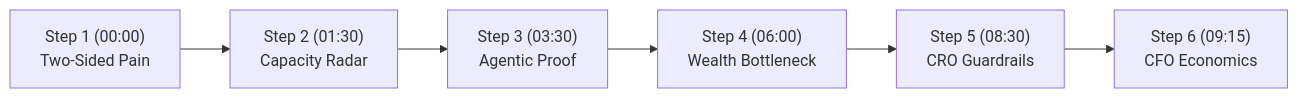
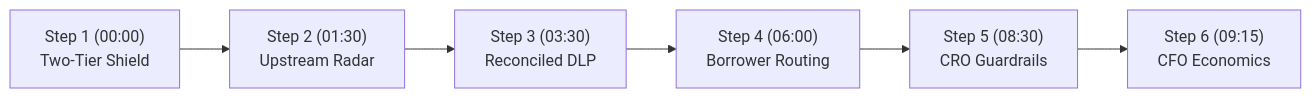
One commit to acombs121/huntington-retention-workflow changed the diagram in docs/DEMO_SCRIPT.md. Above: the diagram before and after it, drawn with Mermaid. The commit also changed other lines of this file and 32 other files, not shown here.

````diff
--- a/docs/DEMO_SCRIPT.md
+++ b/docs/DEMO_SCRIPT.md
@@ -39,8 +44,8 @@
 ```mermaid
 flowchart LR
-    S1["Step 1 (00:00)<br/>Two-Sided Pain"] --> S2["Step 2 (01:30)<br/>Capacity Radar"]
-    S2 --> S3["Step 3 (03:30)<br/>Agentic Proof"]
-    S3 --> S4["Step 4 (06:00)<br/>Wealth Bottleneck"]
+    S1["Step 1 (00:00)<br/>Two-Tier Shield"] --> S2["Step 2 (01:30)<br/>Upstream Radar"]
+    S2 --> S3["Step 3 (03:30)<br/>Reconciled DLP"]
+    S3 --> S4["Step 4 (06:00)<br/>Borrower Routing"]
     S4 --> S5["Step 5 (08:30)<br/>CRO Guardrails"]
     S5 --> S6["Step 6 (09:15)<br/>CFO Economics"]
 ```
````
